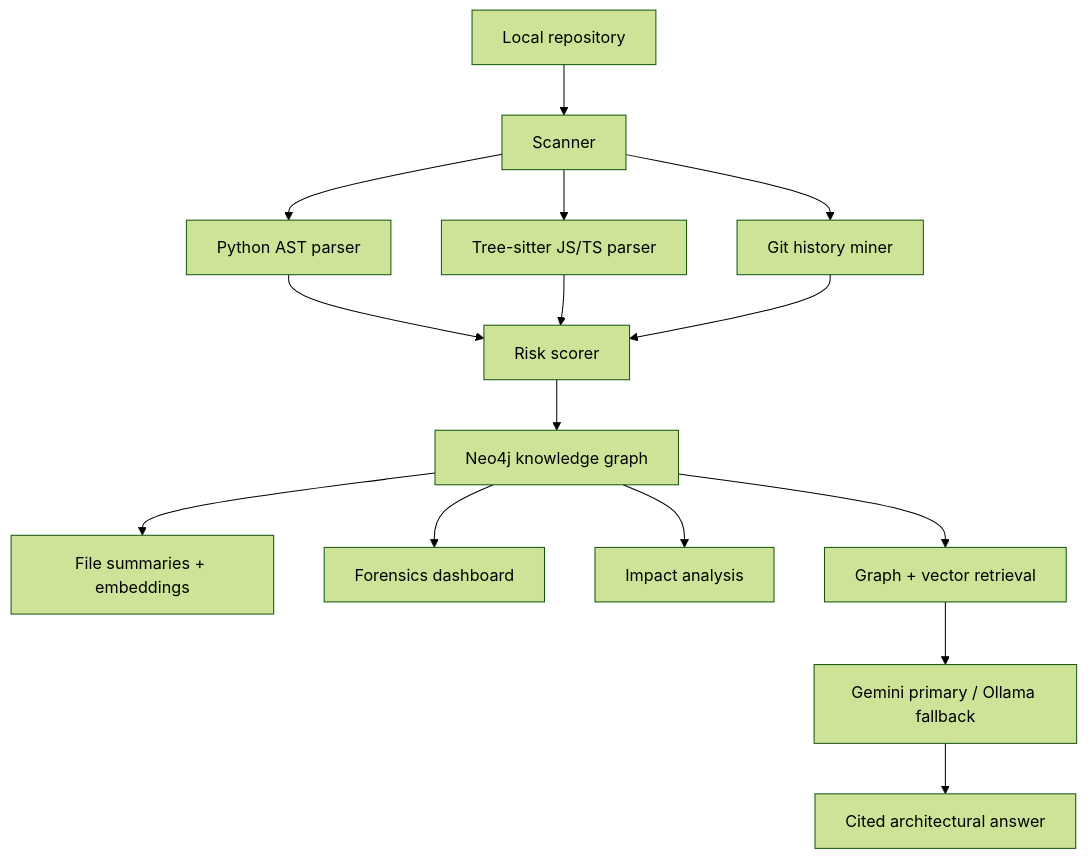
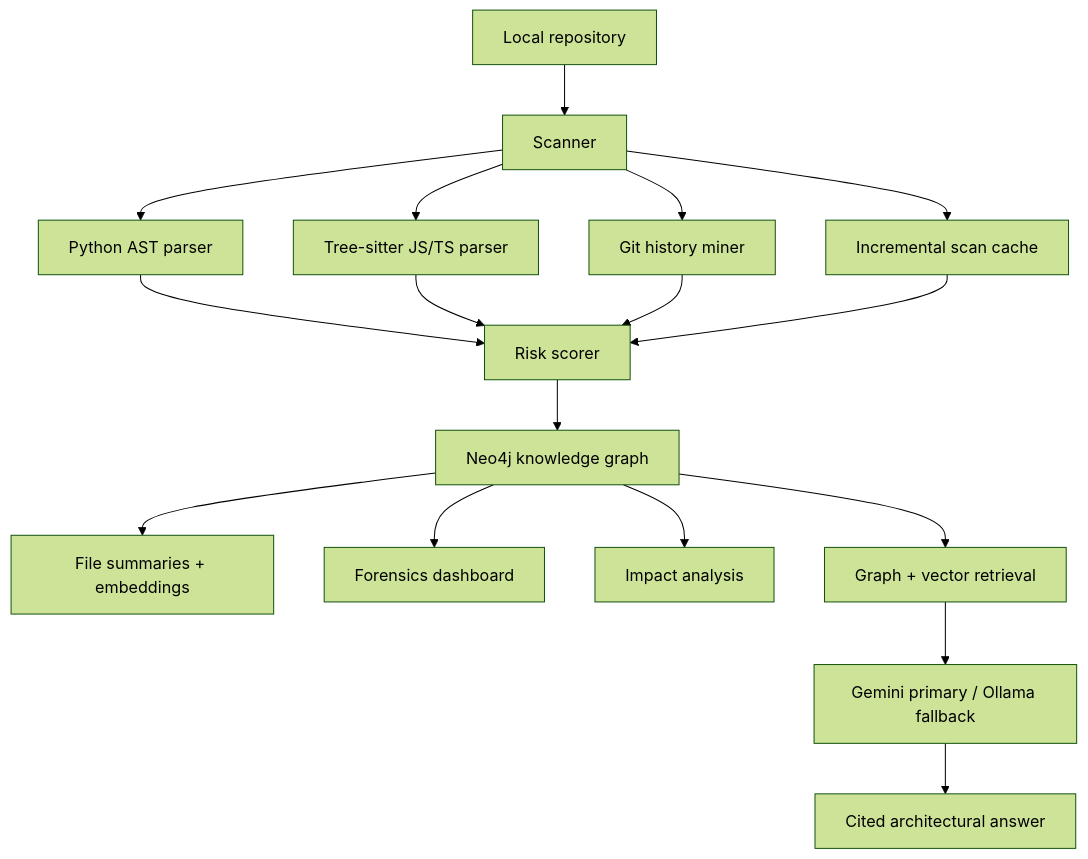
One commit to mahinigam/codebase-cartographer changed the diagram in docs/architecture.md. Above: the diagram before and after it, drawn with Mermaid (forest theme). The commit also changed other lines of this file and 17 other files, not shown here.

````diff
--- a/docs/architecture.md
+++ b/docs/architecture.md
@@ -5,17 +5,19 @@
 ```mermaid
 flowchart TD
     A["Local repository"] --> B["Scanner"]
-    B --> C["Python AST parser"]
-    B --> D["Tree-sitter JS/TS parser"]
-    B --> E["Git history miner"]
-    C --> F["Risk scorer"]
-    D --> F
-    E --> F
+B --> C["Python AST parser"]
+B --> D["Tree-sitter JS/TS parser"]
+B --> E["Git history miner"]
+B --> N["Incremental scan cache"]
+C --> F["Risk scorer"]
+D --> F
+E --> F
+N --> F
     F --> G["Neo4j knowledge graph"]
     G --> H["File summaries + embeddings"]
     G --> I["Forensics dashboard"]
     G --> J["Impact analysis"]
     G --> K["Graph + vector retrieval"]
     K --> L["Gemini primary / Ollama fallback"]
     L --> M["Cited architectural answer"]
 ```
````
